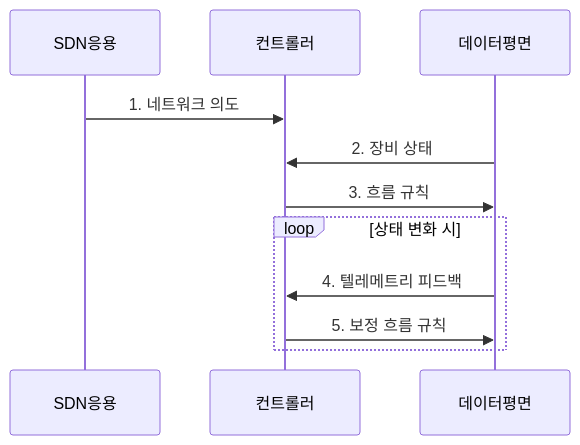
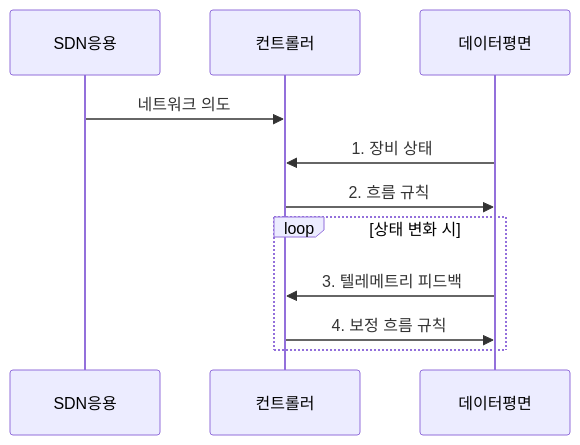
One commit to agnusdei1207/knowledge-base changed the second of 2 diagrams in src/content/docs/notes/04-network/056_software_defined_networking.md. Above: the diagram before and after it, drawn with Mermaid. The commit also changed other lines of this file and 11 other files, not shown here.

````diff
--- a/src/content/docs/notes/04-network/056_software_defined_networking.md
+++ b/src/content/docs/notes/04-network/056_software_defined_networking.md
@@ -82,13 +82,13 @@
 ```mermaid
 sequenceDiagram
     participant SDN응용
     participant 컨트롤러
     participant 데이터평면
-    SDN응용->>컨트롤러: 1. 네트워크 의도
-    데이터평면->>컨트롤러: 2. 장비 상태
-    컨트롤러->>데이터평면: 3. 흐름 규칙
+    SDN응용->>컨트롤러: 네트워크 의도
+    데이터평면->>컨트롤러: 1. 장비 상태
+    컨트롤러->>데이터평면: 2. 흐름 규칙
     loop 상태 변화 시
-        데이터평면->>컨트롤러: 4. 텔레메트리 피드백
-        컨트롤러->>데이터평면: 5. 보정 흐름 규칙
+        데이터평면->>컨트롤러: 3. 텔레메트리 피드백
+        컨트롤러->>데이터평면: 4. 보정 흐름 규칙
     end
 ```
````
